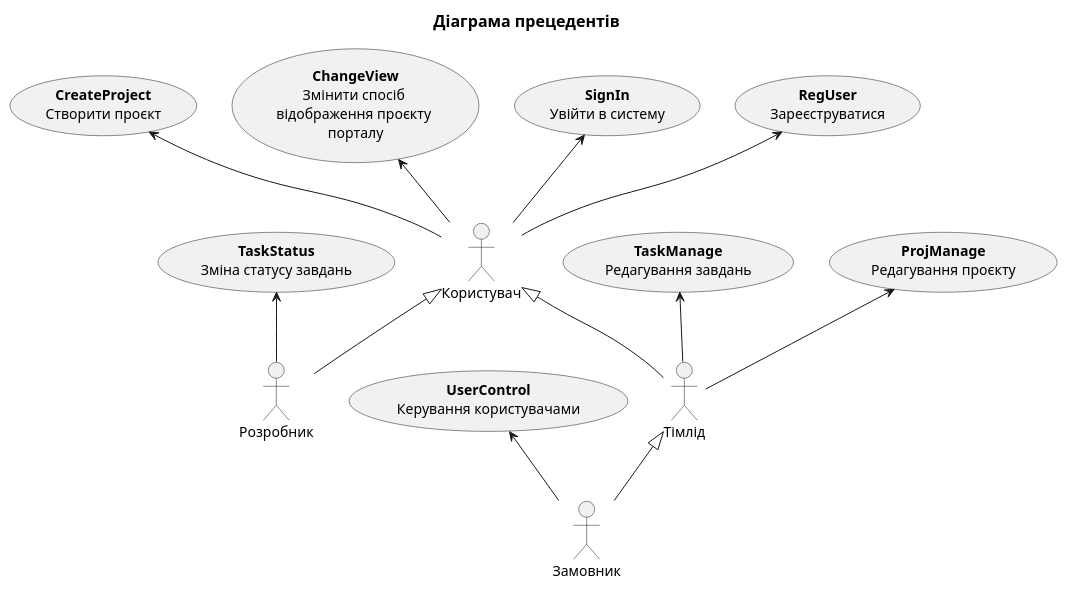
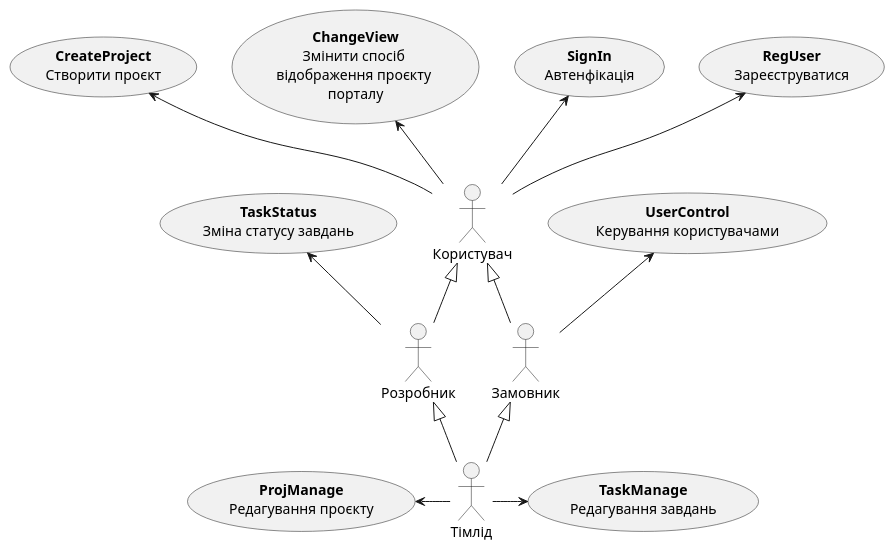
The first of 6 diagrams in docs/use cases/README.md (boldak/edu-db-cw), drawn with PlantUML before and after one commit. The commit also changed other lines of this file, not shown here.

Commit message:
added info + changed some uml

```diff
--- a/docs/use cases/README.md
+++ b/docs/use cases/README.md
@@ -5,36 +9,33 @@
 @startuml
-
-    title
-        <font size=16 color=black>Діаграма прецедентів
-    end title
 
     actor "Користувач" as User
     actor "Розробник" as Developer
     actor "Тімлід" as Teamlead
     actor "Замовник" as Customer
     
     usecase "<b>RegUser</b>\nЗареєструватися" as RegUser
-    usecase "<b>SignIn</b>\nУвійти в систему" as SignIn
+    usecase "<b>SignIn</b>\nАвтенфікація" as SignIn
     usecase "<b>ChangeView</b>\nЗмінити спосіб \nвідображення проєкту \nпорталу" as ChangeView
     usecase "<b>CreateProject</b>\nСтворити проєкт" as CreateProject
     
     usecase "<b>ProjManage</b>\nРедагування проєкту" as ProjManage
     usecase "<b>TaskManage</b>\nРедагування завдань" as TaskManage
     usecase "<b>UserControl</b>\nКерування користувачами" as UserControl
     usecase "<b>TaskStatus</b>\nЗміна статусу завдань" as TaskStatus
     
     
     Developer -u-|> User
-    Teamlead -u-|> User
-    Customer -u-|> Teamlead
+    Customer -u-|> User
+    Teamlead -u-|> Customer
+    Teamlead -u-|> Developer
     
     User -u-> RegUser
     User -u-> SignIn
     User -u-> ChangeView
     User -u-> CreateProject
-    Teamlead -u-> ProjManage
-    Teamlead -u-> TaskManage
+    Teamlead -l-> ProjManage
+    Teamlead -r-> TaskManage
     Customer -u-> UserControl
     Developer -u-> TaskStatus
-   
+
 @enduml
```
